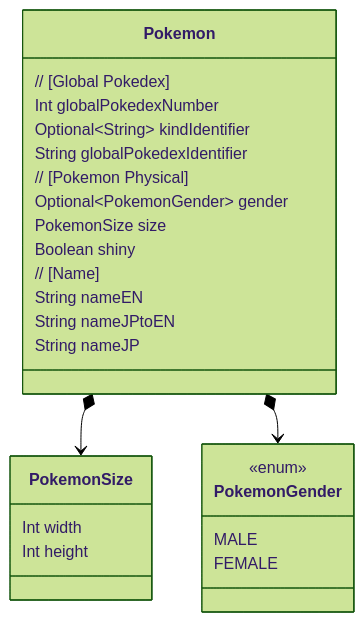
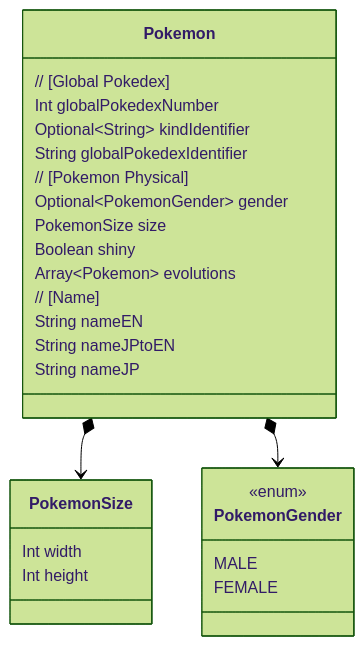
Before and after one commit to O6lvl4/pokemon-doc: the diagram in pokemon-class.md, drawn with Mermaid (forest theme).

Commit message:
Add evolution field

````diff
--- a/pokemon-class.md
+++ b/pokemon-class.md
@@ -1,31 +1,32 @@
 ```mermaid
 classDiagram
 
     class Pokemon {
         // [Global Pokedex]
         Int globalPokedexNumber
         Optional~String~ kindIdentifier
         String globalPokedexIdentifier
         // [Pokemon Physical]
         Optional~PokemonGender~ gender
         PokemonSize size
         Boolean shiny
+        Array~Pokemon~ evolutions
         // [Name]
         String nameEN
         String nameJPtoEN
         String nameJP
     }
     Pokemon *--> PokemonSize
     Pokemon *--> PokemonGender
 
     class PokemonSize {
         Int width
         Int height
     }
 
     class PokemonGender {
         <<enum>>
         MALE
         FEMALE
     }
 ```
````
